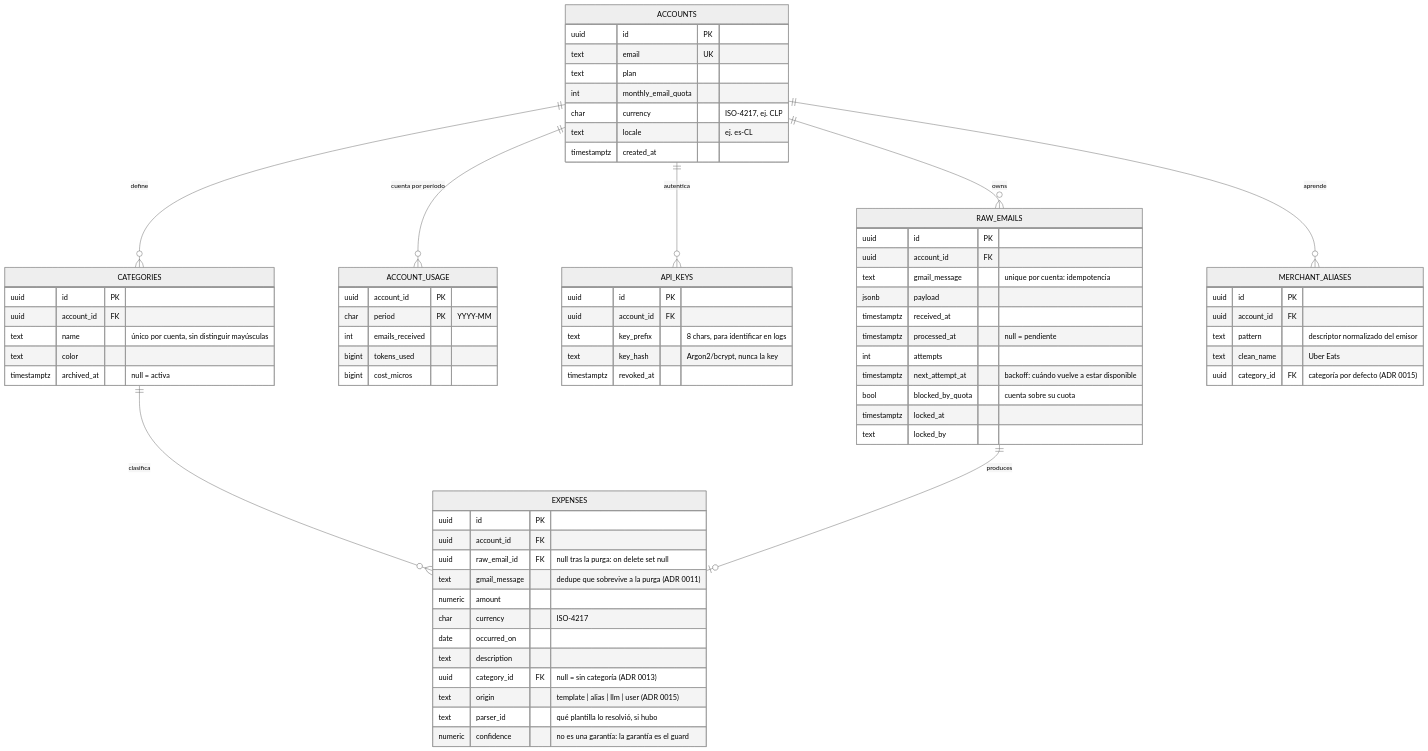
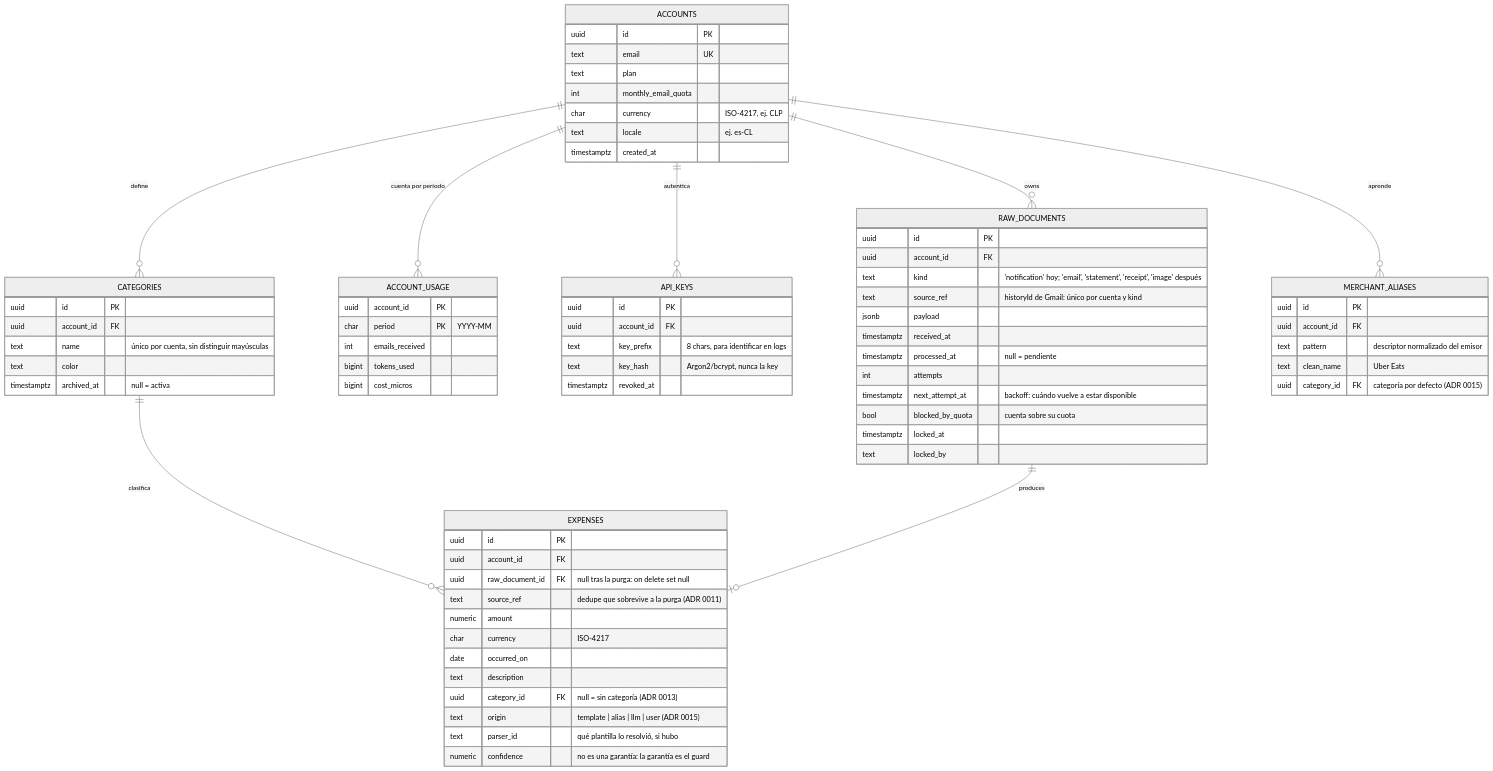
One commit to fperezlefiman/expense-tracker changed the third of 3 diagrams in docs/architecture.md. Above: the diagram before and after it, drawn with Mermaid (neutral theme). The commit also changed other lines of this file and 14 other files, not shown here.

````diff
--- a/docs/architecture.md
+++ b/docs/architecture.md
@@ -86,75 +86,76 @@
 ```mermaid
 erDiagram
-    ACCOUNTS ||--o{ RAW_EMAILS : owns
+    ACCOUNTS ||--o{ RAW_DOCUMENTS : owns
     ACCOUNTS ||--o{ ACCOUNT_USAGE : "cuenta por período"
     ACCOUNTS ||--o{ API_KEYS : "autentica"
     ACCOUNTS ||--o{ CATEGORIES : define
     ACCOUNTS ||--o{ MERCHANT_ALIASES : aprende
     CATEGORIES ||--o{ EXPENSES : clasifica
-    RAW_EMAILS ||--o| EXPENSES : produces
+    RAW_DOCUMENTS ||--o| EXPENSES : produces
 
     ACCOUNTS {
         uuid id PK
         text email UK
         text plan
         int monthly_email_quota
         char currency "ISO-4217, ej. CLP"
         text locale "ej. es-CL"
         timestamptz created_at
     }
     CATEGORIES {
         uuid id PK
         uuid account_id FK
         text name "único por cuenta, sin distinguir mayúsculas"
         text color
         timestamptz archived_at "null = activa"
     }
     MERCHANT_ALIASES {
         uuid id PK
         uuid account_id FK
         text pattern "descriptor normalizado del emisor"
         text clean_name "Uber Eats"
         uuid category_id FK "categoría por defecto (ADR 0015)"
     }
-    RAW_EMAILS {
+    RAW_DOCUMENTS {
         uuid id PK
         uuid account_id FK
-        text gmail_message "unique por cuenta: idempotencia"
+        text kind "'notification' hoy; 'email', 'statement', 'receipt', 'image' después"
+        text source_ref "historyId de Gmail: único por cuenta y kind"
         jsonb payload
         timestamptz received_at
         timestamptz processed_at "null = pendiente"
         int attempts
         timestamptz next_attempt_at "backoff: cuándo vuelve a estar disponible"
         bool blocked_by_quota "cuenta sobre su cuota"
         timestamptz locked_at
         text locked_by
     }
     EXPENSES {
         uuid id PK
         uuid account_id FK
-        uuid raw_email_id FK "null tras la purga: on delete set null"
-        text gmail_message "dedupe que sobrevive a la purga (ADR 0011)"
+        uuid raw_document_id FK "null tras la purga: on delete set null"
+        text source_ref "dedupe que sobrevive a la purga (ADR 0011)"
         numeric amount
         char currency "ISO-4217"
         date occurred_on
         text description
         uuid category_id FK "null = sin categoría (ADR 0013)"
         text origin "template | alias | llm | user (ADR 0015)"
         text parser_id "qué plantilla lo resolvió, si hubo"
         numeric confidence "no es una garantía: la garantía es el guard"
     }
     ACCOUNT_USAGE {
         uuid account_id PK
         char period PK "YYYY-MM"
         int emails_received
         bigint tokens_used
         bigint cost_micros
     }
     API_KEYS {
         uuid id PK
         uuid account_id FK
         text key_prefix "8 chars, para identificar en logs"
         text key_hash "Argon2/bcrypt, nunca la key"
         timestamptz revoked_at
     }
 ```
````
